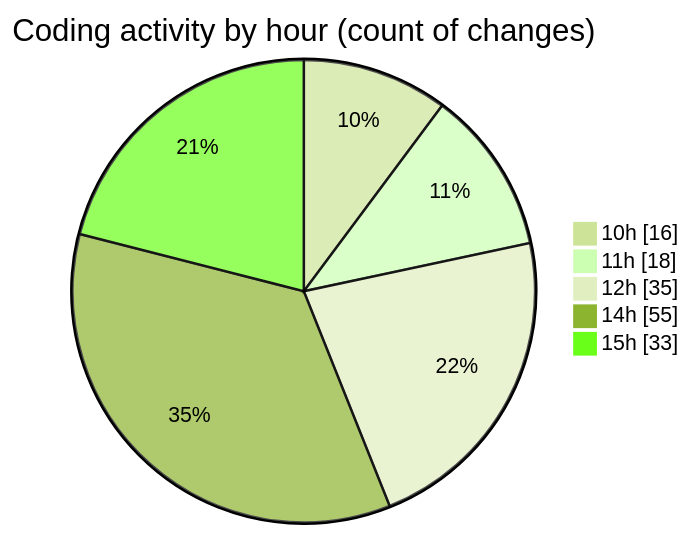
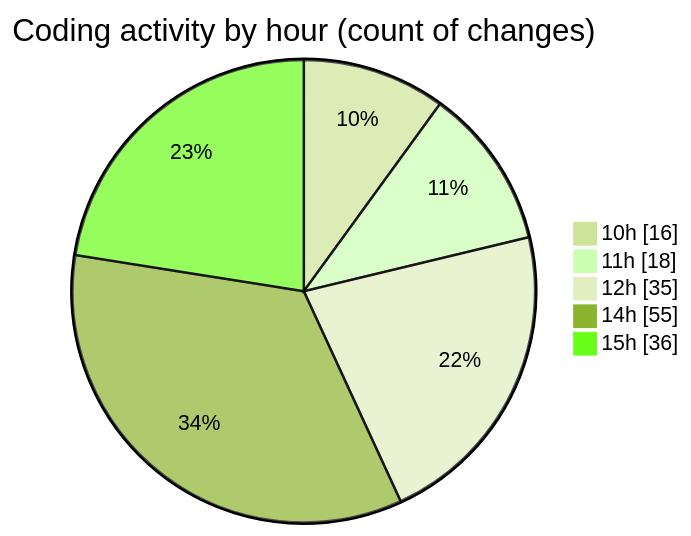
Before and after one commit to momahboobian/code-tracking: the second of 2 diagrams in 2026-05-06/cda/README.md, drawn with Mermaid (forest theme). The commit also changed other lines of this file and 1 other file, not shown here.

````diff
--- a/2026-05-06/cda/README.md
+++ b/2026-05-06/cda/README.md
@@ -103,9 +104,9 @@
 ```mermaid
 pie showData
 title Coding activity by hour (count of changes)
 "10h" : 16
 "11h" : 18
 "12h" : 35
 "14h" : 55
-"15h" : 33
+"15h" : 36
 ```
````
